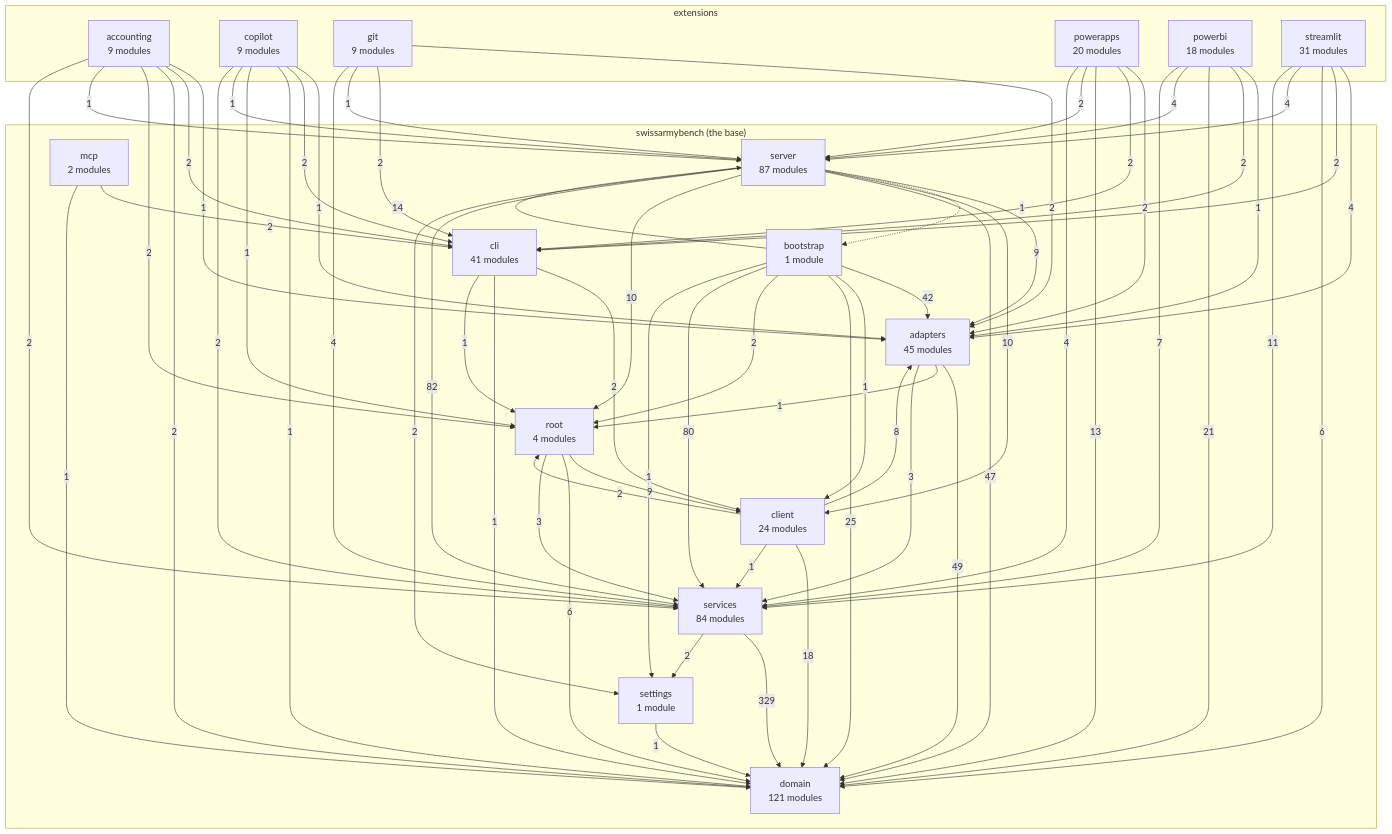
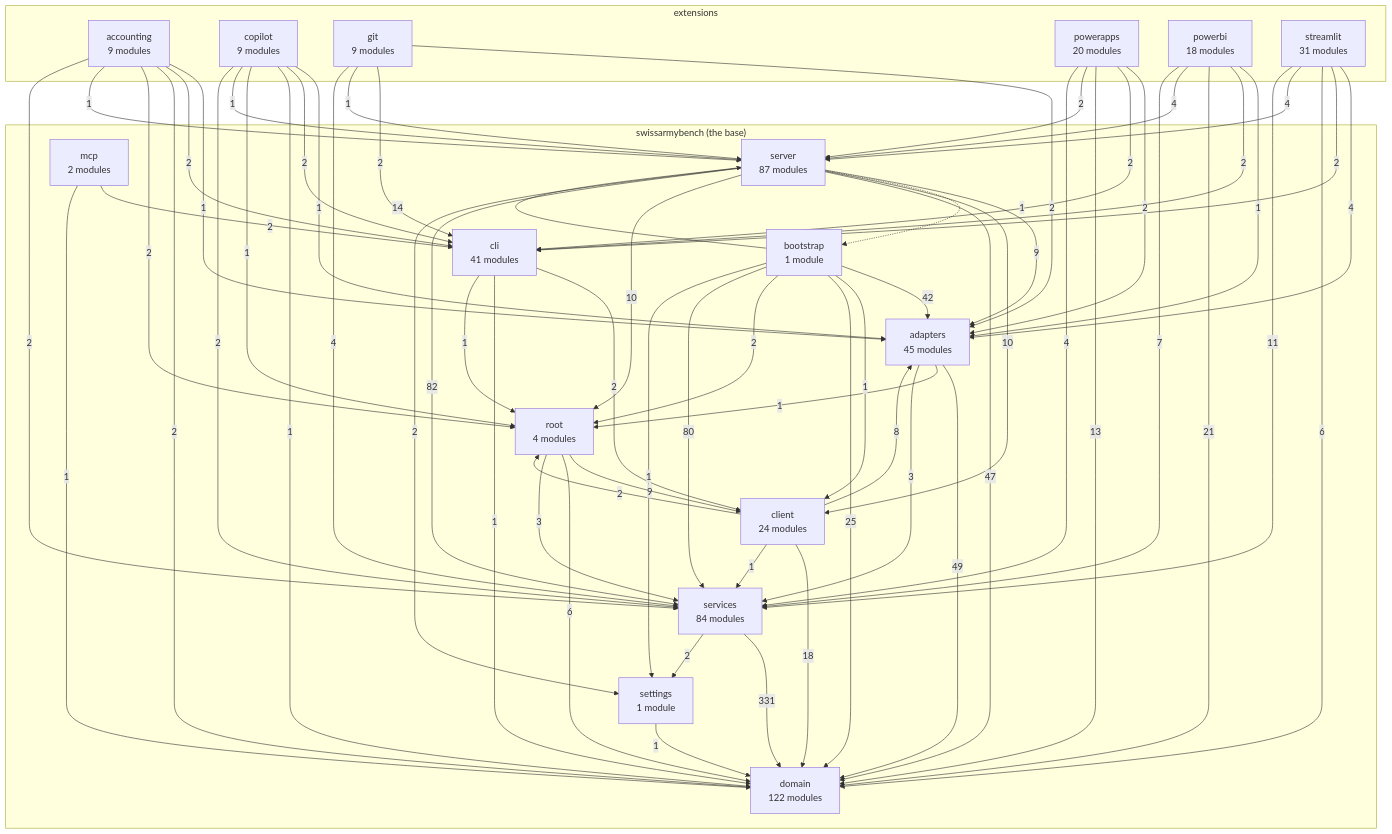
The diagram in docs/architecture-map.md (DylanCodyBrown/SwissArmyBench), drawn with Mermaid before and after one commit. The commit also changed other lines of this file and 14 other files, not shown here.

First line of the commit message:
domain/connection_tables.py's two jobs are two modules: what a connection is, and its SQL

````diff
--- a/docs/architecture-map.md
+++ b/docs/architecture-map.md
@@ -17,7 +17,7 @@
 ```mermaid
 flowchart TB
     subgraph base["swissarmybench (the base)"]
-        domain["domain<br/>121 modules"]
+        domain["domain<br/>122 modules"]
         settings["settings<br/>1 module"]
         services["services<br/>84 modules"]
         adapters["adapters<br/>45 modules"]
@@ -96,7 +96,7 @@
     server -->|10| root
     server -->|82| services
     server -->|2| settings
-    services -->|329| domain
+    services -->|331| domain
     services -->|2| settings
     settings -->|1| domain
 ```
````
